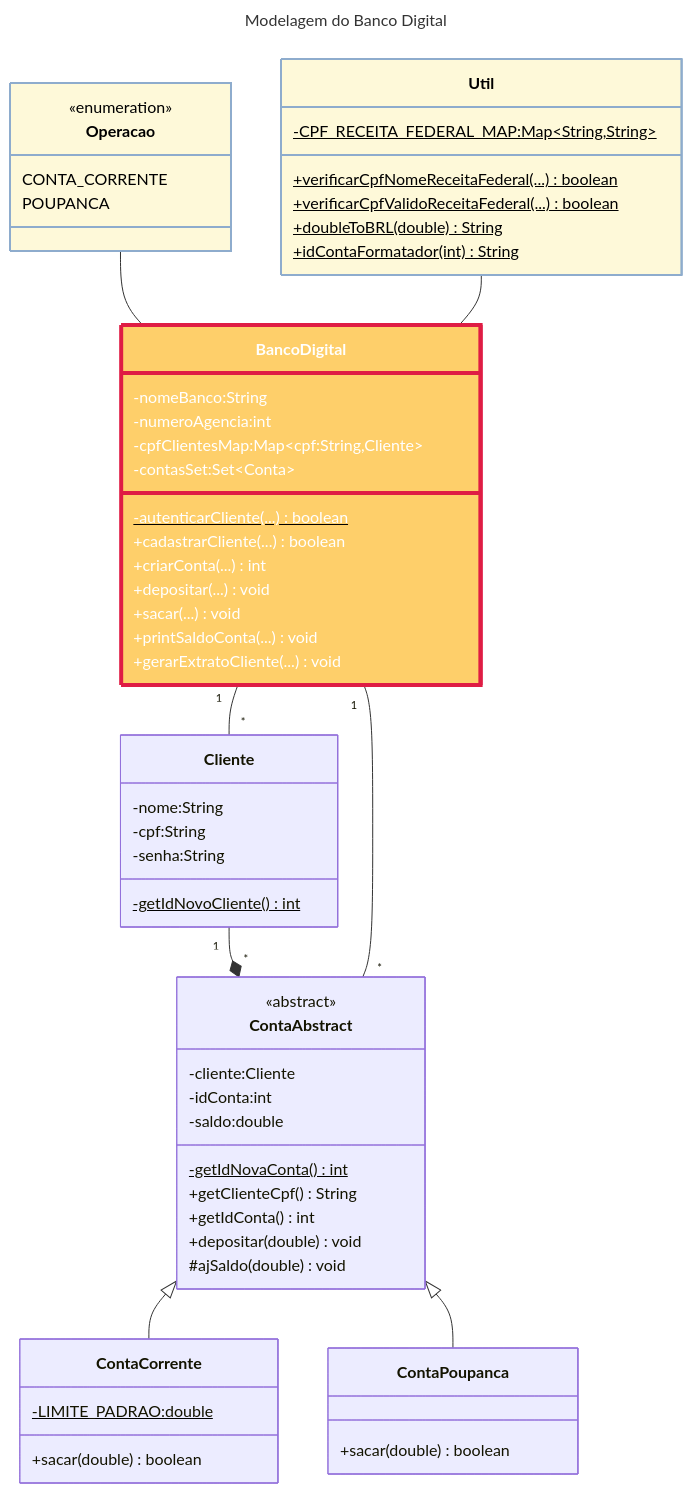
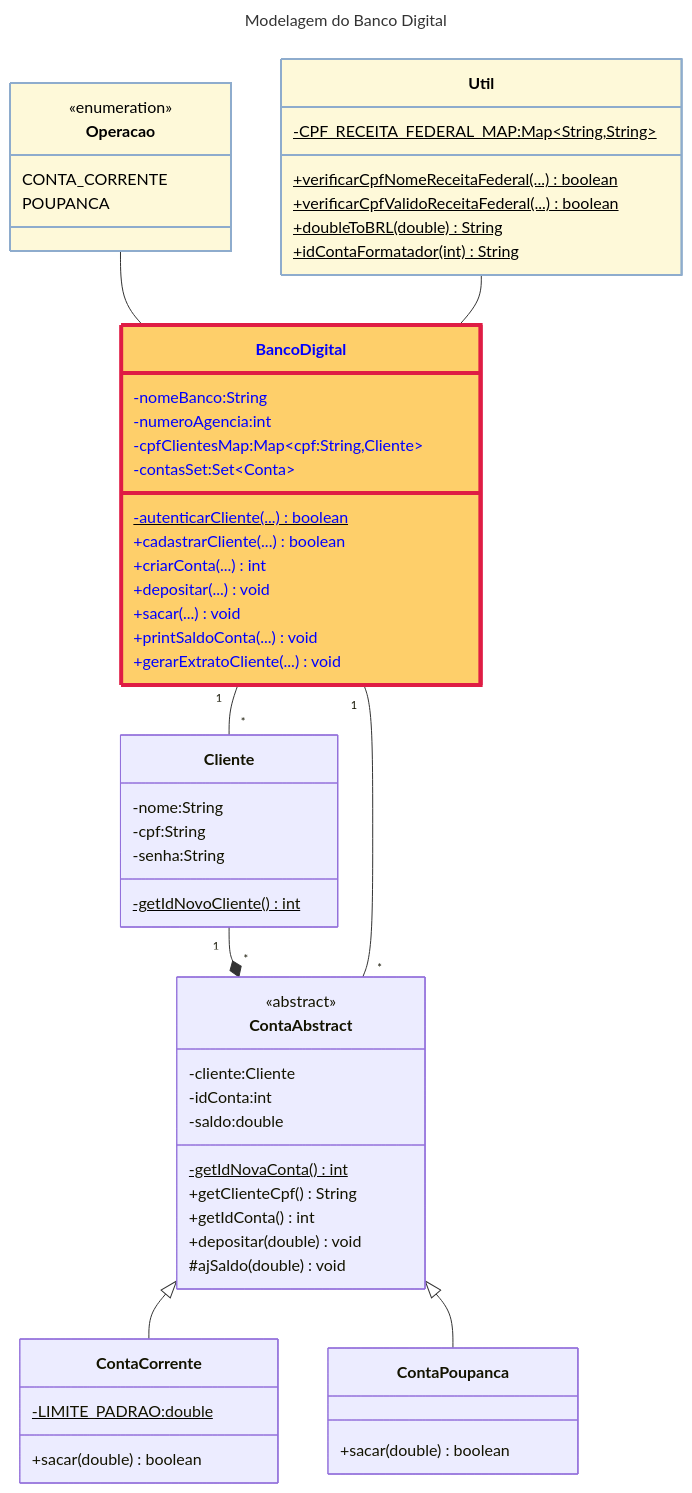
One commit to marcobz-bzz/dio-trilha-java-basico changed the diagram in desafios/BancoDigital/README.md. Above: the diagram before and after it, drawn with Mermaid.

````diff
--- a/desafios/BancoDigital/README.md
+++ b/desafios/BancoDigital/README.md
@@ -19,73 +19,73 @@
 ```mermaid
 ---
 title: Modelagem do Banco Digital
 ---
 classDiagram
 
 class Util {
     -CPF_RECEITA_FEDERAL_MAP:Map~String,String~ $
     +verificarCpfNomeReceitaFederal(...)$ boolean
     +verificarCpfValidoReceitaFederal(...)$ boolean
     +doubleToBRL(double)$ String
     +idContaFormatador(int)$ String
 }
 
 class ContaAbstract {
     <<abstract>>
     -cliente:Cliente
     -idConta:int
     -saldo:double
     -getIdNovaConta()$ int
     +getClienteCpf() String
     +getIdConta() int
     +depositar(double) void
     #ajSaldo(double) void
 }
 
 class ContaCorrente{
     -LIMITE_PADRAO:double $
     +sacar(double) boolean
 }
 ContaAbstract <|-- ContaCorrente
 
 class ContaPoupanca{
     +sacar(double) boolean
 }
 ContaAbstract <|-- ContaPoupanca
 
 class Cliente {
     -nome:String
     -cpf:String
     -senha:String
     -getIdNovoCliente()$ int
 }
 Cliente "1" --* "*" ContaAbstract
 
 class Operacao {
     <<enumeration>>
     CONTA_CORRENTE
     POUPANCA
 }
 Operacao -- BancoDigital
 
 class BancoDigital{
     -nomeBanco:String
     -numeroAgencia:int
     -cpfClientesMap:Map~cpf:String,Cliente~
     -contasSet:Set~Conta~
     -autenticarCliente(...)$ boolean
     +cadastrarCliente(...) boolean
     +criarConta(...) int
     +depositar(...) void
     +sacar(...) void
     +printSaldoConta(...) void
     +gerarExtratoCliente(...) void
 }
 BancoDigital "1" -- "*" Cliente
 BancoDigital "1" -- "*" ContaAbstract
 Util -- BancoDigital
 
-style BancoDigital fill:#FECF6A,stroke:#DF1C44,stroke-width:4px,color:white
+style BancoDigital fill:#FECF6A,stroke:#DF1C44,stroke-width:4px,color:blue
 style Operacao fill:#FEF9D9,stroke:#8EACCD,stroke-width:2px,color:black
 style Util fill:#FEF9D9,stroke:#8EACCD,stroke-width:2px,color:black
 ```
````
